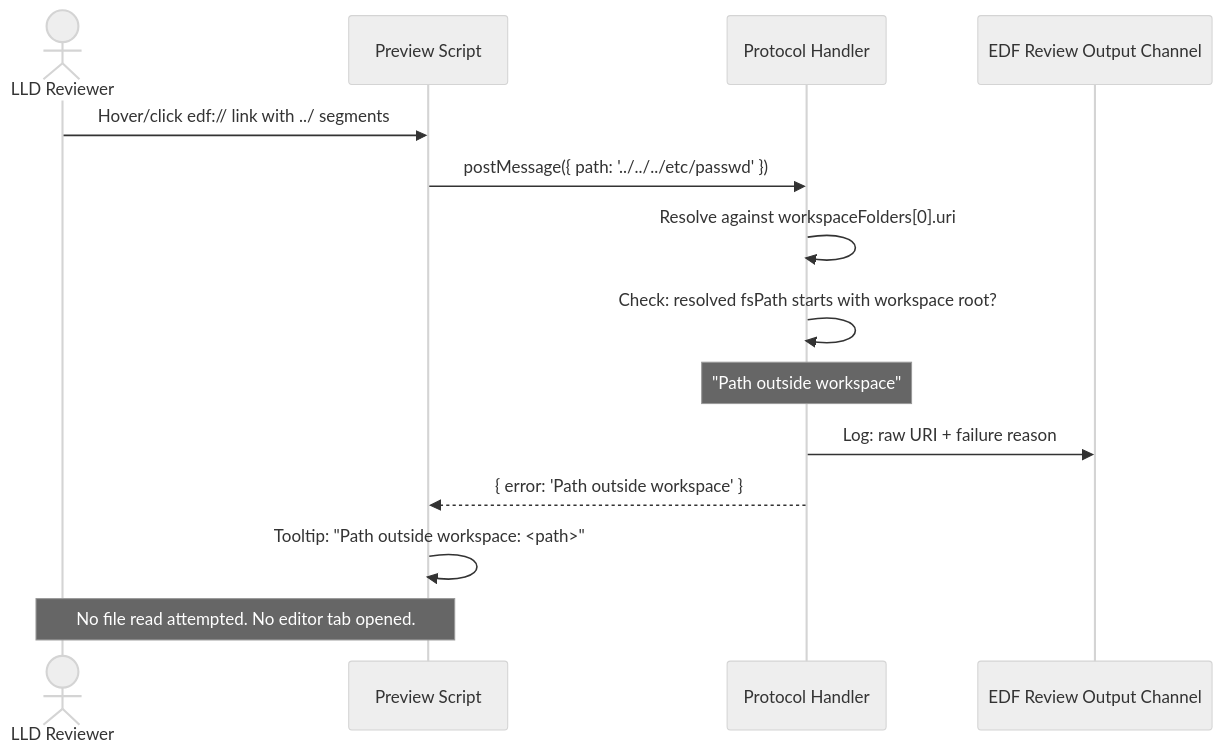
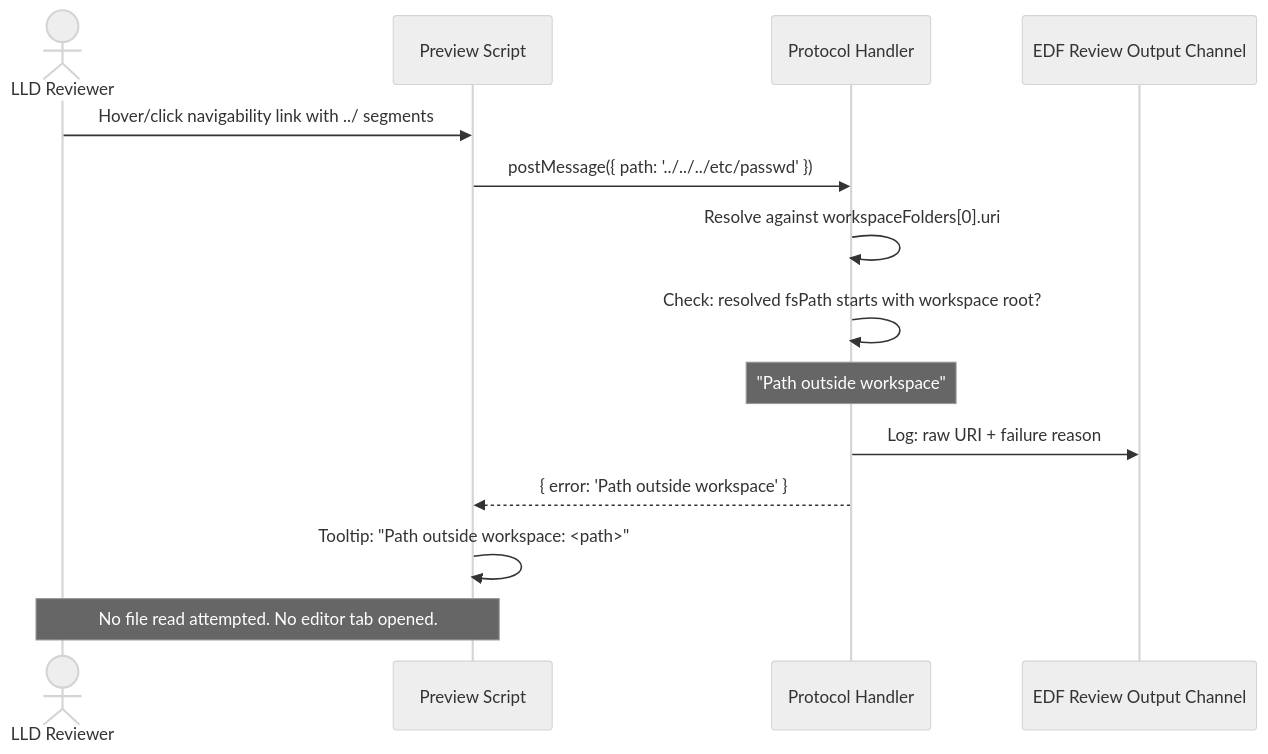
Before and after one commit to mironyx/engineering-delivery-framework: the fourth of 7 diagrams in plugins/edf/docs/design/v1/v1-design.md, drawn with Mermaid (neutral theme). The commit also changed other lines of this file and 16 other files, not shown here.

First line of the commit message:
docs: finalize v1 architect artefacts — Option A navigability, LLDs, task issues

````diff
--- a/plugins/edf/docs/design/v1/v1-design.md
+++ b/plugins/edf/docs/design/v1/v1-design.md
@@ -425,17 +431,17 @@
 ```mermaid
 sequenceDiagram
     actor Reviewer as LLD Reviewer
     participant Script as Preview Script
     participant Handler as Protocol Handler
     participant Logger as EDF Review Output Channel
 
-    Reviewer->>Script: Hover/click edf:// link with ../ segments
+    Reviewer->>Script: Hover/click navigability link with ../ segments
     Script->>Handler: postMessage({ path: '../../../etc/passwd' })
     Handler->>Handler: Resolve against workspaceFolders[0].uri
     Handler->>Handler: Check: resolved fsPath starts with workspace root?
     Note over Handler: "Path outside workspace"
     Handler->>Logger: Log: raw URI + failure reason
     Handler-->>Script: { error: 'Path outside workspace' }
     Script->>Script: Tooltip: "Path outside workspace: <path>"
     Note over Reviewer,Script: No file read attempted. No editor tab opened.
 ```
````
